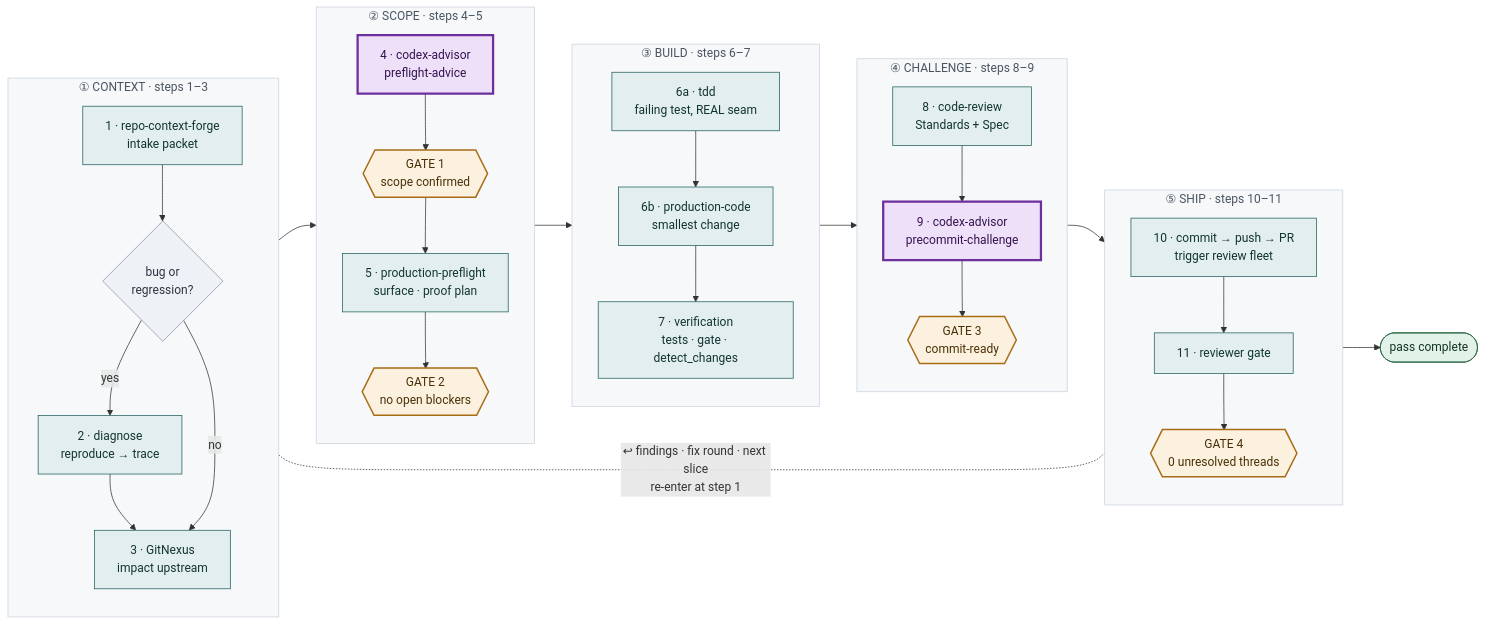
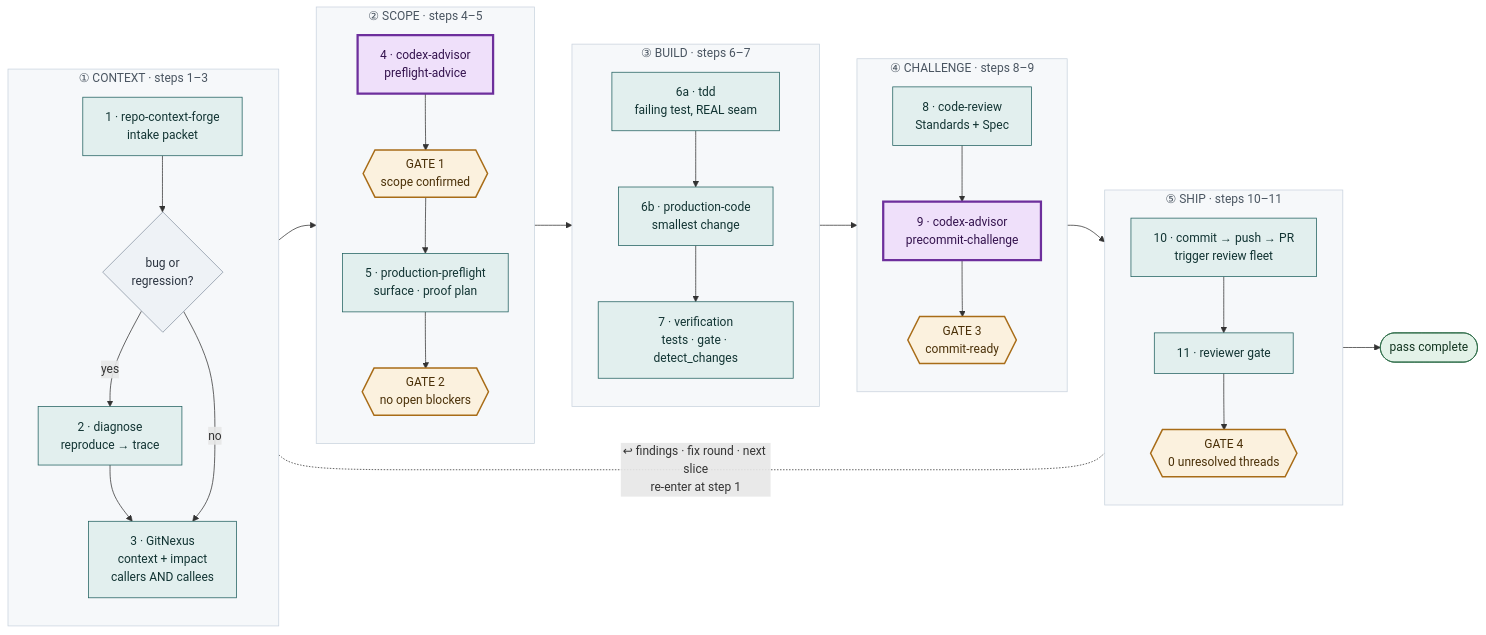
One commit to future3OOO/claude-skills changed the first of 3 diagrams in skills/repo-production-workflow/WORKFLOW-MAP.md. Above: the diagram before and after it, drawn with Mermaid. The commit also changed 2 other files, not shown here.

````diff
--- a/skills/repo-production-workflow/WORKFLOW-MAP.md
+++ b/skills/repo-production-workflow/WORKFLOW-MAP.md
@@ -22,55 +22,55 @@
 ```mermaid
 flowchart LR
   subgraph PH1["① CONTEXT · steps 1–3"]
     direction TB
     A["1 · repo-context-forge<br/>intake packet"] --> BQ{"bug or<br/>regression?"}
     BQ -- yes --> DG["2 · diagnose<br/>reproduce → trace"]
-    DG --> GN["3 · GitNexus<br/>impact upstream"]
+    DG --> GN["3 · GitNexus<br/>context + impact<br/>callers AND callees"]
     BQ -- no --> GN
   end
 
   subgraph PH2["② SCOPE · steps 4–5"]
     direction TB
     AD1["4 · codex-advisor<br/>preflight-advice"] --> G1{{"GATE 1<br/>scope confirmed"}}
     G1 --> PF["5 · production-preflight<br/>surface · proof plan"]
     PF --> G2{{"GATE 2<br/>no open blockers"}}
   end
 
   subgraph PH3["③ BUILD · steps 6–7"]
     direction TB
     TD["6a · tdd<br/>failing test, REAL seam"] --> PC["6b · production-code<br/>smallest change"]
     PC --> VF["7 · verification<br/>tests · gate · detect_changes"]
   end
 
   subgraph PH4["④ CHALLENGE · steps 8–9"]
     direction TB
     CR["8 · code-review<br/>Standards + Spec"] --> AD2["9 · codex-advisor<br/>precommit-challenge"]
     AD2 --> G3{{"GATE 3<br/>commit-ready"}}
   end
 
   subgraph PH5["⑤ SHIP · steps 10–11"]
     direction TB
     CM["10 · commit → push → PR<br/>trigger review fleet"] --> RG["11 · reviewer gate"]
     RG --> G4{{"GATE 4<br/>0 unresolved threads"}}
   end
 
   GN --> AD1
   G2 --> TD
   VF --> CR
   G3 --> CM
   G4 --> DONE(["pass complete"])
   A <-.-|"↩ findings · fix round · next slice<br/>re-enter at step 1"| RG
 
   classDef advisor fill:#efe0fa,stroke:#6d2f9c,color:#33124d,stroke-width:3px
   classDef gate fill:#fbf1de,stroke:#a86c17,color:#4a3008,stroke-width:2px
   classDef step fill:#e2efee,stroke:#20605f,color:#123433
   classDef decision fill:#eef2f6,stroke:#8894a3,color:#2b3440
   classDef done fill:#e3f2e8,stroke:#2c6b46,color:#123420
   classDef phase fill:#f6f8fa,stroke:#c9d3de,color:#4a5561
   class AD1,AD2 advisor
   class G1,G2,G3,G4 gate
   class A,DG,GN,PF,TD,PC,VF,CR,CM,RG step
   class BQ decision
   class DONE done
   class PH1,PH2,PH3,PH4,PH5 phase
 ```
````
